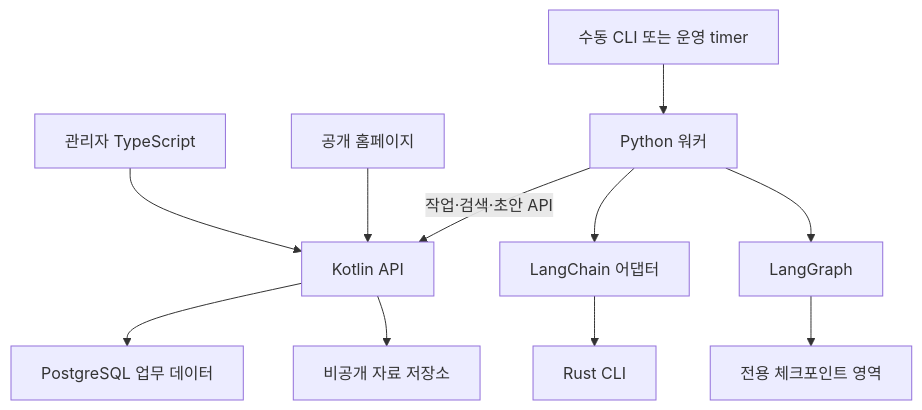
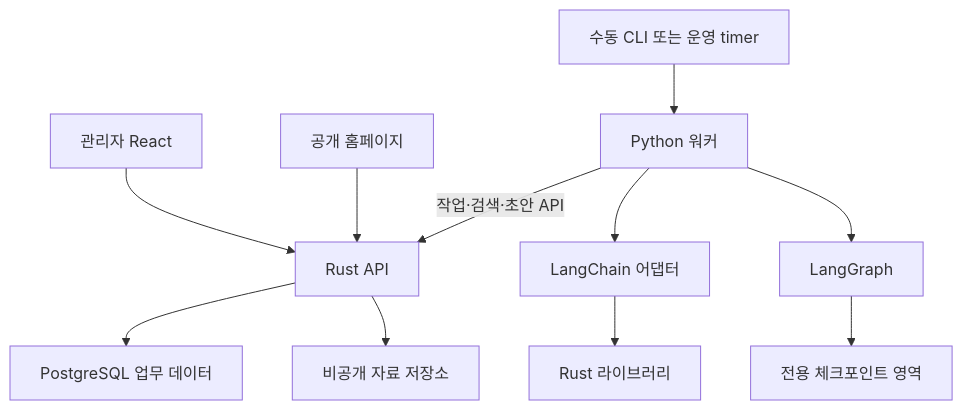
Before and after one commit to croppedeyebrow/DataGrizzly_Home: the diagram in docs/05_diagrams/09_workflow_components.md, drawn with Mermaid. The commit also changed 206 other files, not shown here.

First line of the commit message:
feat: 공개 웹을 React 정적 빌드로 옮기고 Kotlin 서버를 Axum으로 바꾼다

````diff
--- a/docs/05_diagrams/09_workflow_components.md
+++ b/docs/05_diagrams/09_workflow_components.md
@@ -3,13 +3,13 @@
 ```mermaid
 flowchart TD
-    UI[관리자 TypeScript] --> API[Kotlin API]
+    UI[관리자 React] --> API[Rust API]
     WEB[공개 홈페이지] --> API
     API --> DB[PostgreSQL 업무 데이터]
     API --> OBJ[비공개 자료 저장소]
     TIMER[수동 CLI 또는 운영 timer] --> PY[Python 워커]
     PY -->|작업·검색·초안 API| API
     PY --> LC[LangChain 어댑터]
     PY --> LG[LangGraph]
-    LC --> R[Rust CLI]
+    LC --> R[Rust 라이브러리]
     LG --> CP[전용 체크포인트 영역]
 ```
````
